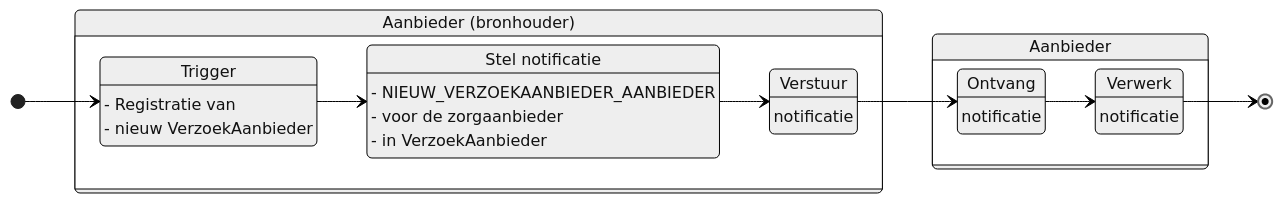
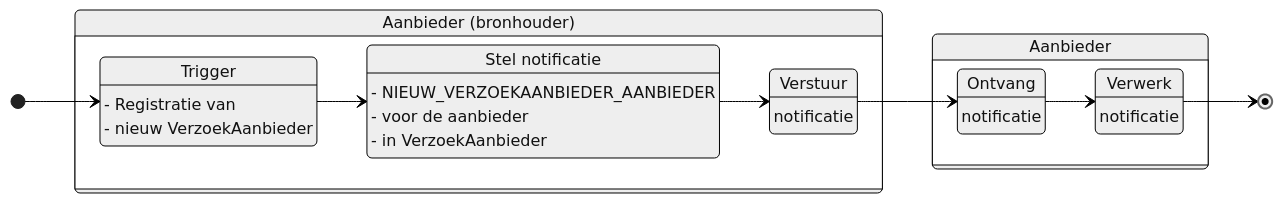
Before and after one commit to iStandaarden/iWlz-levering: the diagram in notificaties/zorgaanbieder/nieuw_verzoekaanbieder_aanbieder.md, drawn with Mermaid.

Commit message:
Update nieuw_verzoekaanbieder_aanbieder.md
zorgaanbieder gewijzigd in aanbieder

````diff
--- a/notificaties/zorgaanbieder/nieuw_verzoekaanbieder_aanbieder.md
+++ b/notificaties/zorgaanbieder/nieuw_verzoekaanbieder_aanbieder.md
@@ -3,42 +3,42 @@
 ```mermaid
 ---
 config:
   theme: neutral
   look: classic
 ---
 stateDiagram
   direction LR
   state verzender {
     direction TB
     trigger --> opstellen
     opstellen --> verstuur
     trigger
     opstellen
     verstuur
   }
   state ontvanger {
     direction TB
     ontvang --> verwerk
     ontvang
     verwerk
   }
   [*] --> trigger
   verstuur --> ontvang
   verwerk --> [*]
   verzender: Aanbieder (bronhouder)
   trigger:Trigger
 trigger:- Registratie van
 trigger:- nieuw VerzoekAanbieder
   opstellen:Stel notificatie
 opstellen:- NIEUW_VERZOEKAANBIEDER_AANBIEDER
-opstellen:- voor de zorgaanbieder
+opstellen:- voor de aanbieder
 opstellen:- in VerzoekAanbieder
   verstuur:Verstuur 
   verstuur: notificatie
   ontvanger: Aanbieder
   ontvang:Ontvang 
   ontvang:notificatie
   verwerk:Verwerk 
   verwerk:notificatie
 
 ```
````
